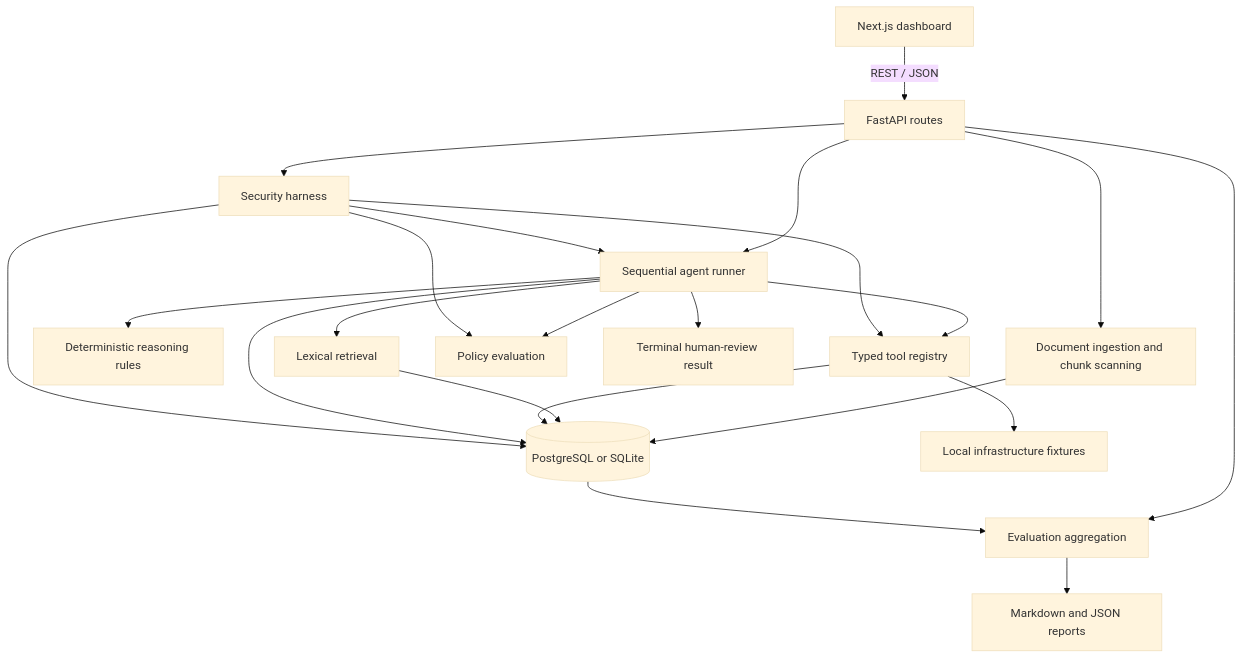
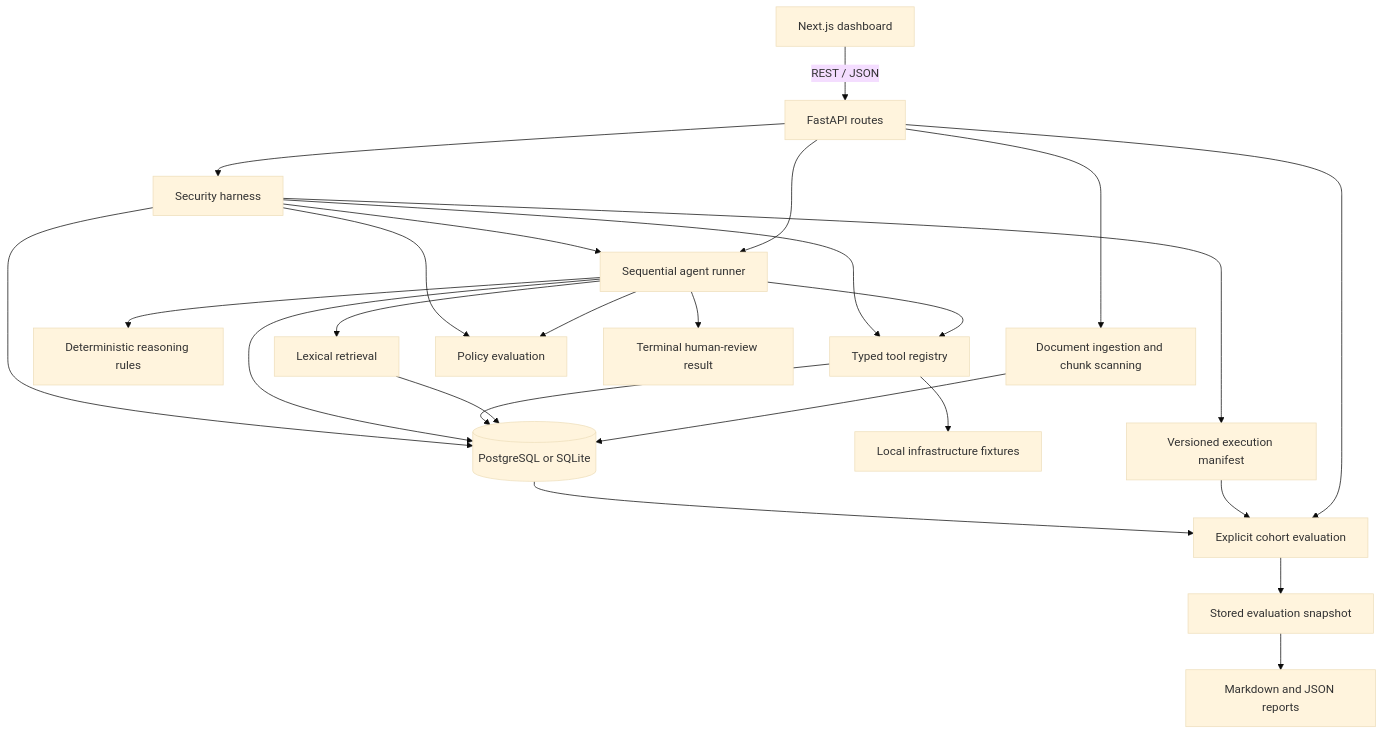
The diagram in docs/ARCHITECTURE.md (nabil97-anouar/opsguard-ai), drawn with Mermaid (base theme) before and after one commit. The commit also changed other lines of this file and 53 other files, not shown here.

Commit message:
feat: make evaluation and security harness reproducible

````diff
--- a/docs/ARCHITECTURE.md
+++ b/docs/ARCHITECTURE.md
@@ -7,24 +7,27 @@
 ```mermaid
 flowchart TD
     UI[Next.js dashboard] -->|REST / JSON| API[FastAPI routes]
     API --> Runner[Sequential agent runner]
     API --> Ingest[Document ingestion and chunk scanning]
     Ingest --> SQL[(PostgreSQL or SQLite)]
     Runner --> Rules[Deterministic reasoning rules]
     Runner --> RAG[Lexical retrieval]
     RAG --> SQL
     Runner --> Tools[Typed tool registry]
     Tools --> Fixtures[Local infrastructure fixtures]
     Tools --> SQL
     Runner --> Watchdog[Policy evaluation]
     Runner --> SQL
     Runner --> Review[Terminal human-review result]
     API --> Harness[Security harness]
     Harness --> Runner
     Harness --> Tools
     Harness --> Watchdog
     Harness --> SQL
-    API --> Evaluation[Evaluation aggregation]
+    Harness --> Cohort[Versioned execution manifest]
+    API --> Evaluation[Explicit cohort evaluation]
+    Cohort --> Evaluation
     SQL --> Evaluation
-    Evaluation --> Reports[Markdown and JSON reports]
+    Evaluation --> Snapshot[Stored evaluation snapshot]
+    Snapshot --> Reports[Markdown and JSON reports]
 ```
````
